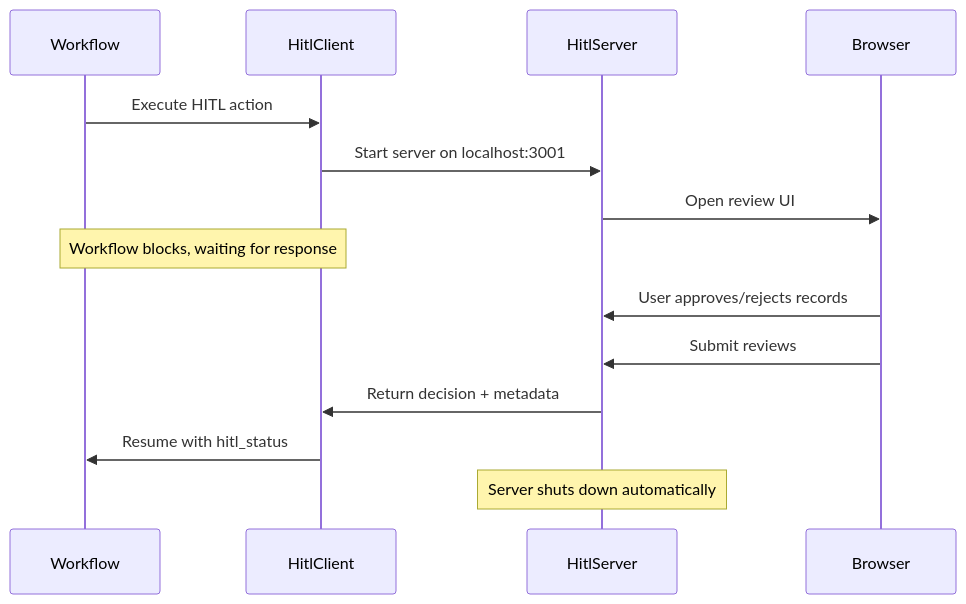
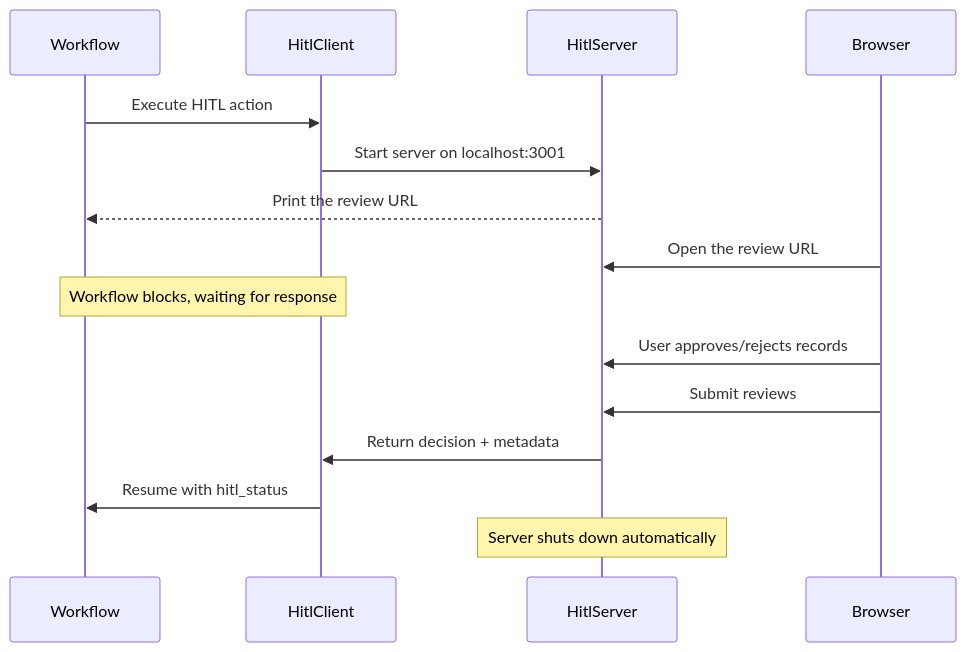
The diagram in docs.agent-actions/docs/guides/human-in-the-loop.md (Muizzkolapo/agent-actions), drawn with Mermaid before and after one commit. The commit also changed other lines of this file and 62 other files, not shown here.

````diff
--- a/docs.agent-actions/docs/guides/human-in-the-loop.md
+++ b/docs.agent-actions/docs/guides/human-in-the-loop.md
@@ -47,17 +47,18 @@
 ```mermaid
 sequenceDiagram
     participant W as Workflow
     participant C as HitlClient
     participant S as HitlServer
     participant B as Browser
 
     W->>C: Execute HITL action
     C->>S: Start server on localhost:3001
-    S->>B: Open review UI
+    S-->>W: Print the review URL
+    B->>S: Open the review URL
     Note over W,C: Workflow blocks, waiting for response
     B->>S: User approves/rejects records
     B->>S: Submit reviews
     S->>C: Return decision + metadata
     C->>W: Resume with hitl_status
     Note over S: Server shuts down automatically
 ```
````
